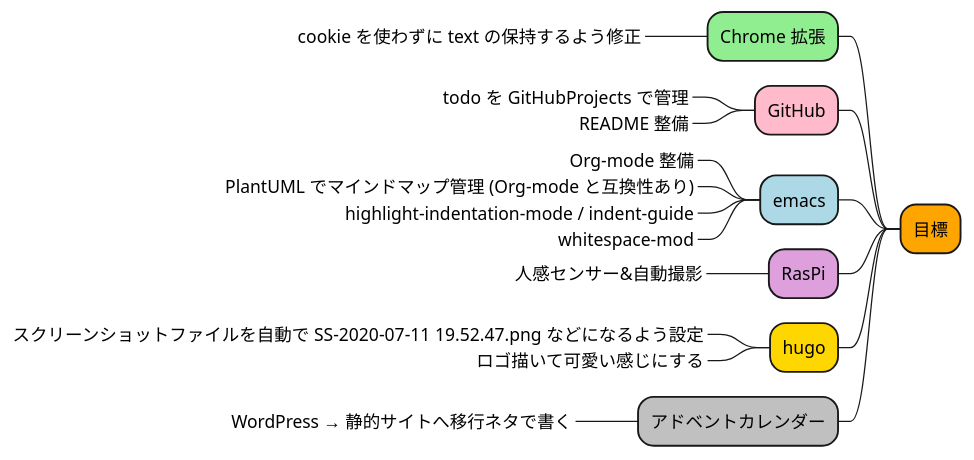
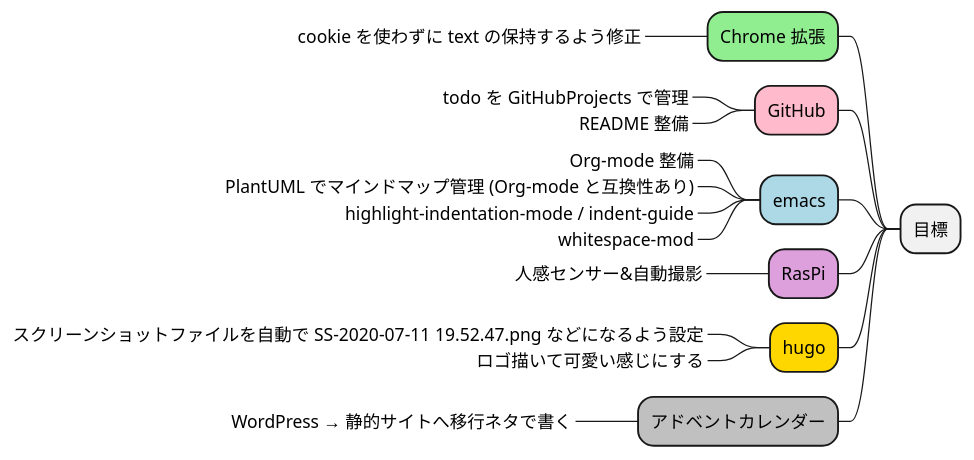
Before and after one commit to Ishizuka427/MindMap: the diagram in test.puml, drawn with PlantUML.

```diff
--- a/test.puml
+++ b/test.puml
@@ -1,20 +1,20 @@
 @startmindmap
-+[#Orange] 目標
++ 目標
 --[#lightgreen] Chrome 拡張
 ---_ cookie を使わずに text の保持するよう修正
 --[#FFBBCC] GitHub
 ---_ todo を GitHubProjects で管理
 ---_ README 整備
 --[#lightblue] emacs
 ---_ Org-mode 整備
 ---_ PlantUML でマインドマップ管理 (Org-mode と互換性あり)
 ---_ highlight-indentation-mode / indent-guide
 ---_ whitespace-mod
 --[#plum] RasPi
 ---_ 人感センサー&自動撮影
 --[#gold] hugo
 ---_ スクリーンショットファイルを自動で SS-2020-07-11 19.52.47.png などになるよう設定
 ---_ ロゴ描いて可愛い感じにする
 --[#silver] アドベントカレンダー
 ---_ WordPress → 静的サイトへ移行ネタで書く
 @endmindmap
```
